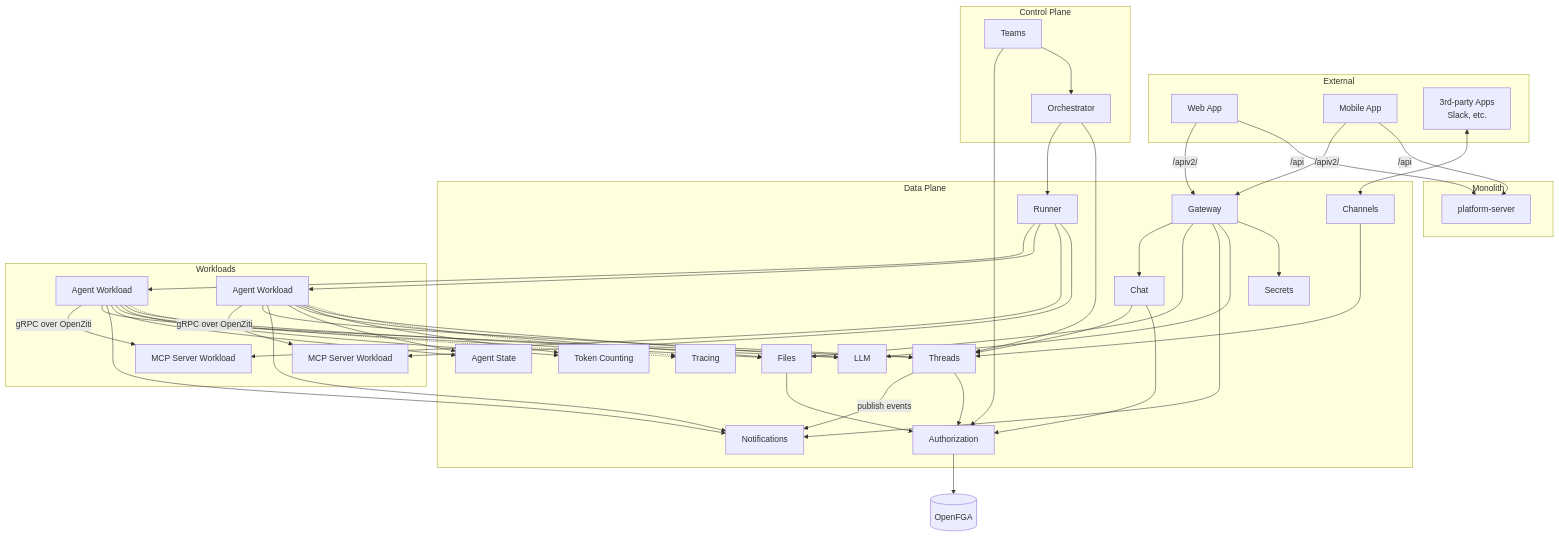
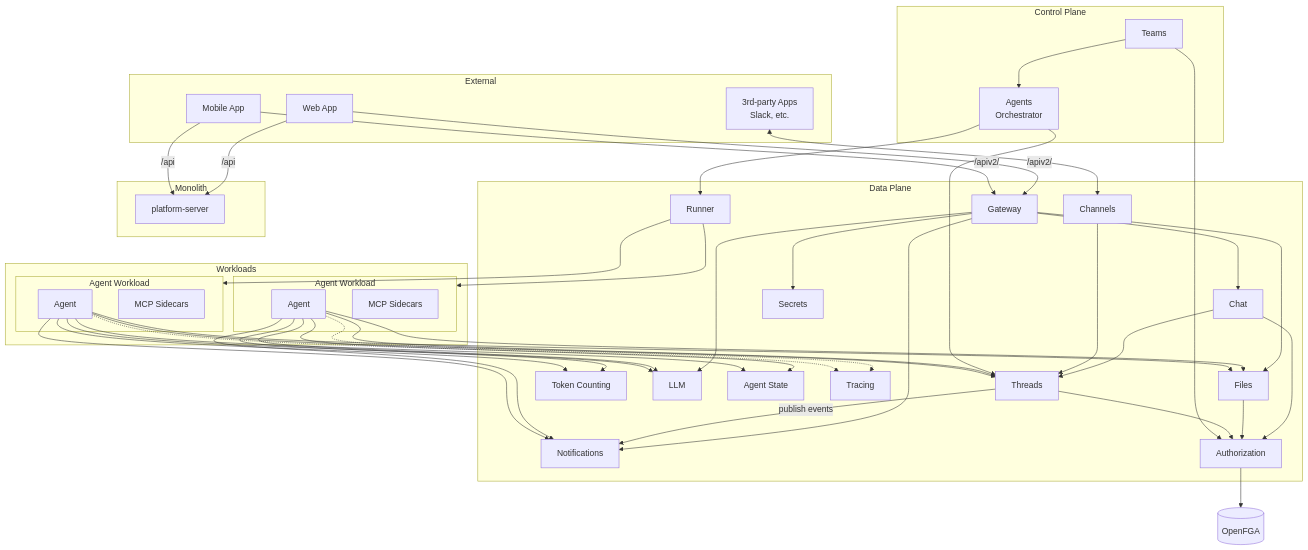
The diagram in architecture/system-overview.md (agynio/architecture), drawn with Mermaid before and after one commit. The commit also changed other lines of this file and 11 other files, not shown here.

First line of the commit message:
MCP servers as sidecars, identity scoped to agentId+threadId

````diff
--- a/architecture/system-overview.md
+++ b/architecture/system-overview.md
@@ -14,7 +14,7 @@
 
     subgraph Control Plane
         Teams[Teams]
-        Orch[Orchestrator]
+        AgentsOrch[Agents<br/>Orchestrator]
     end
 
     subgraph Data Plane
@@ -34,10 +34,14 @@
     end
 
     subgraph Workloads
-        Agent1[Agent Workload]
-        Agent2[Agent Workload]
-        MCP1[MCP Server Workload]
-        MCP2[MCP Server Workload]
+        subgraph Agent1[Agent Workload]
+            A1Main[Agent]
+            A1MCP[MCP Sidecars]
+        end
+        subgraph Agent2[Agent Workload]
+            A2Main[Agent]
+            A2MCP[MCP Sidecars]
+        end
     end
 
     subgraph Monolith
@@ -57,20 +61,24 @@
     Channels --> Threads
 
     Threads -->|publish events| Notifications
-    Orch --> Runner
-    Orch --> Threads
+    AgentsOrch --> Runner
+    AgentsOrch --> Threads
 
     Runner --> Agent1 & Agent2
-    Runner --> MCP1 & MCP2
-    Agent1 -->|gRPC over OpenZiti| MCP1
-    Agent2 -->|gRPC over OpenZiti| MCP2
-    Agent1 & Agent2 --> Threads
-    Agent1 & Agent2 --> Notifications
-    Agent1 & Agent2 --> AgentState
-    Agent1 & Agent2 --> Files
-    Agent1 & Agent2 --> TokenCounting
-    Agent1 & Agent2 --> LLM
-    Agent1 & Agent2 -.-> Tracing
+    A1Main --> Threads
+    A1Main --> Notifications
+    A1Main --> AgentState
+    A1Main --> Files
+    A1Main --> TokenCounting
+    A1Main --> LLM
+    A1Main -.-> Tracing
+    A2Main --> Threads
+    A2Main --> Notifications
+    A2Main --> AgentState
+    A2Main --> Files
+    A2Main --> TokenCounting
+    A2Main --> LLM
+    A2Main -.-> Tracing
 
     Chat --> Authorization
     Files --> Authorization
@@ -78,5 +86,5 @@
     Teams --> Authorization
     Authorization --> OpenFGA[(OpenFGA)]
 
-    Teams --> Orch
+    Teams --> AgentsOrch
 ```
````
